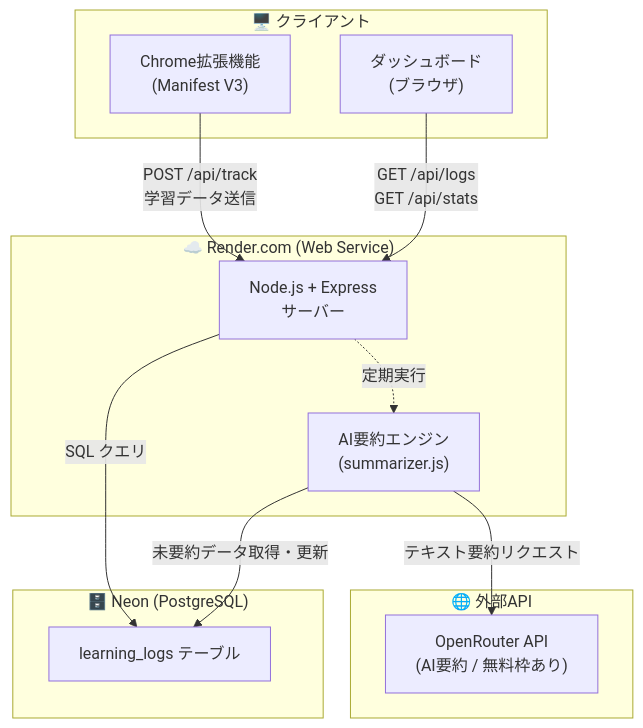
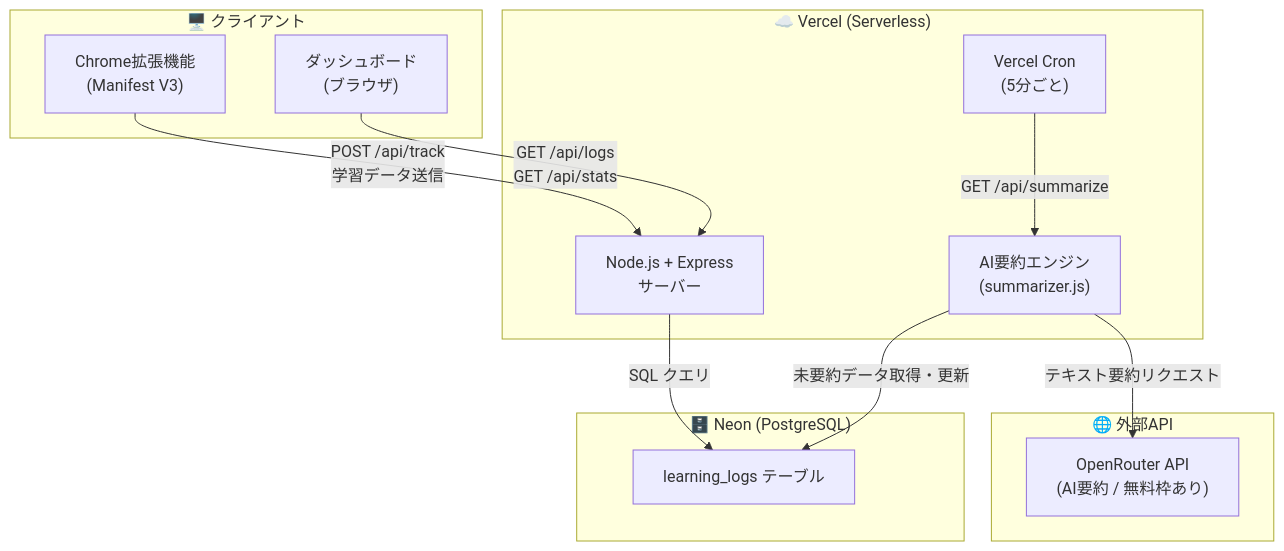
One commit to tomato11111/learning-tracker changed the diagram in README.md. Above: the diagram before and after it, drawn with Mermaid. The commit also changed other lines of this file and 17 other files, not shown here.

````diff
--- a/README.md
+++ b/README.md
@@ -26,27 +24,28 @@
 ```mermaid
 graph TB
     subgraph Client["🖥️ クライアント"]
         EXT["Chrome拡張機能<br/>(Manifest V3)"]
         DASH["ダッシュボード<br/>(ブラウザ)"]
     end
 
-    subgraph Render["☁️ Render.com (Web Service)"]
+    subgraph Vercel["☁️ Vercel (Serverless)"]
         SERVER["Node.js + Express<br/>サーバー"]
+        CRON["Vercel Cron<br/>(5分ごと)"]
         SUMM["AI要約エンジン<br/>(summarizer.js)"]
     end
 
     subgraph Neon["🗄️ Neon (PostgreSQL)"]
         DB["learning_logs テーブル"]
     end
 
     subgraph External["🌐 外部API"]
         OPENROUTER["OpenRouter API<br/>(AI要約 / 無料枠あり)"]
     end
 
     EXT -->|"POST /api/track<br/>学習データ送信"| SERVER
     DASH -->|"GET /api/logs<br/>GET /api/stats"| SERVER
     SERVER -->|"SQL クエリ"| DB
+    CRON -->|"GET /api/summarize"| SUMM
     SUMM -->|"未要約データ取得・更新"| DB
     SUMM -->|"テキスト要約リクエスト"| OPENROUTER
-    SERVER -.->|"定期実行"| SUMM
 ```
````
